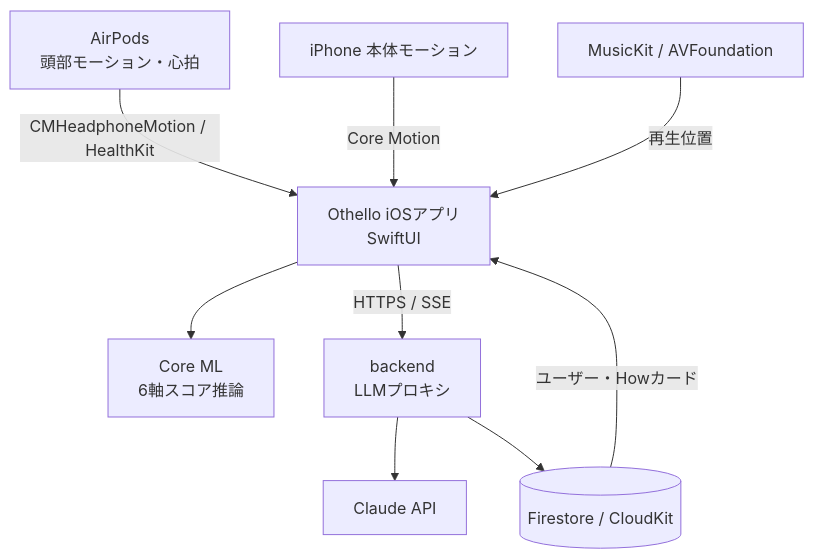
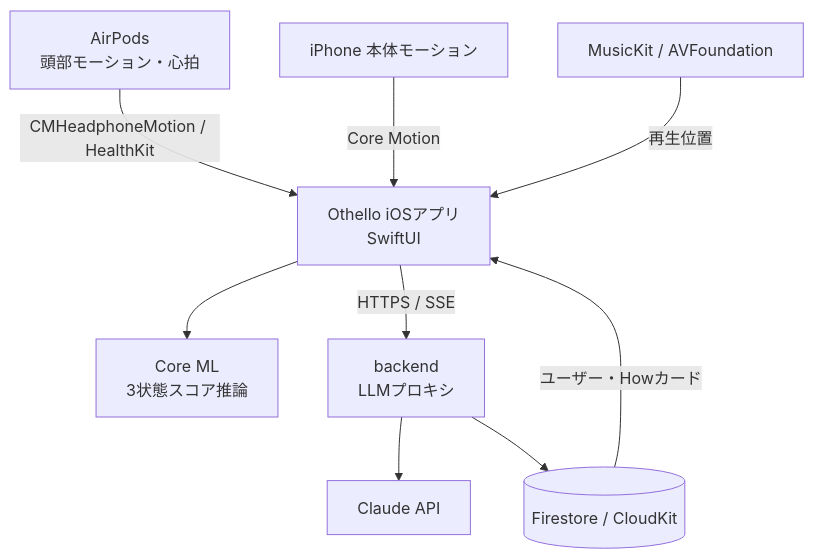
One commit to engineer-guild-hackathon-2026-05/team-10 changed the first of 5 diagrams in docs/functional-design.md. Above: the diagram before and after it, drawn with Mermaid. The commit also changed other lines of this file and 26 other files, not shown here.

````diff
--- a/docs/functional-design.md
+++ b/docs/functional-design.md
@@ -7,20 +7,20 @@
 ```mermaid
 graph TB
     AirPods[AirPods<br/>頭部モーション・心拍]
     iPhone[iPhone 本体モーション]
     App[Othello iOSアプリ<br/>SwiftUI]
-    CoreML[Core ML<br/>6軸スコア推論]
+    CoreML[Core ML<br/>3状態スコア推論]
     BE[backend<br/>LLMプロキシ]
     LLM[Claude API]
     DB[(Firestore / CloudKit)]
     Music[MusicKit / AVFoundation]
 
     AirPods -->|CMHeadphoneMotion / HealthKit| App
     iPhone -->|Core Motion| App
     Music -->|再生位置| App
     App --> CoreML
     App -->|HTTPS / SSE| BE
     BE --> LLM
     BE --> DB
     DB -->|ユーザー・Howカード| App
 ```
````
